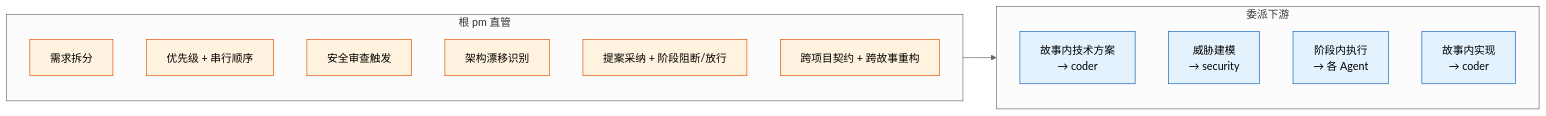
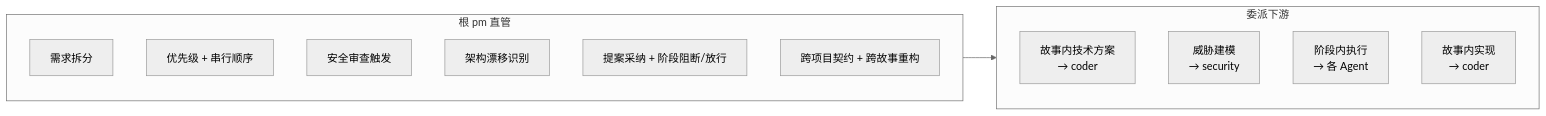
One commit to effiy/YrY changed the second of 5 diagrams in agents/pm.md. Above: the diagram before and after it, drawn with Mermaid (neutral theme). The commit also changed other lines of this file and 9 other files, not shown here.

````diff
--- a/agents/pm.md
+++ b/agents/pm.md
@@ -48,21 +44,19 @@
 ```mermaid
 flowchart LR
     subgraph pm["根 pm 直管"]
         P1["需求拆分"]:::pm
         P2["优先级 + 串行顺序"]:::pm
         P3["安全审查触发"]:::pm
         P4["架构漂移识别"]:::pm
         P5["提案采纳 + 阶段阻断/放行"]:::pm
         P6["跨项目契约 + 跨故事重构"]:::pm
     end
     subgraph del["委派下游"]
         D1["故事内技术方案<br/>→ coder"]:::del
         D2["威胁建模<br/>→ security"]:::del
         D3["阶段内执行<br/>→ 各 Agent"]:::del
         D4["故事内实现<br/>→ coder"]:::del
     end
     pm --> del
 
-    classDef pm fill:#fff3e0,stroke:#e65100;
-    classDef del fill:#e3f2fd,stroke:#1565c0;
 ```
````
